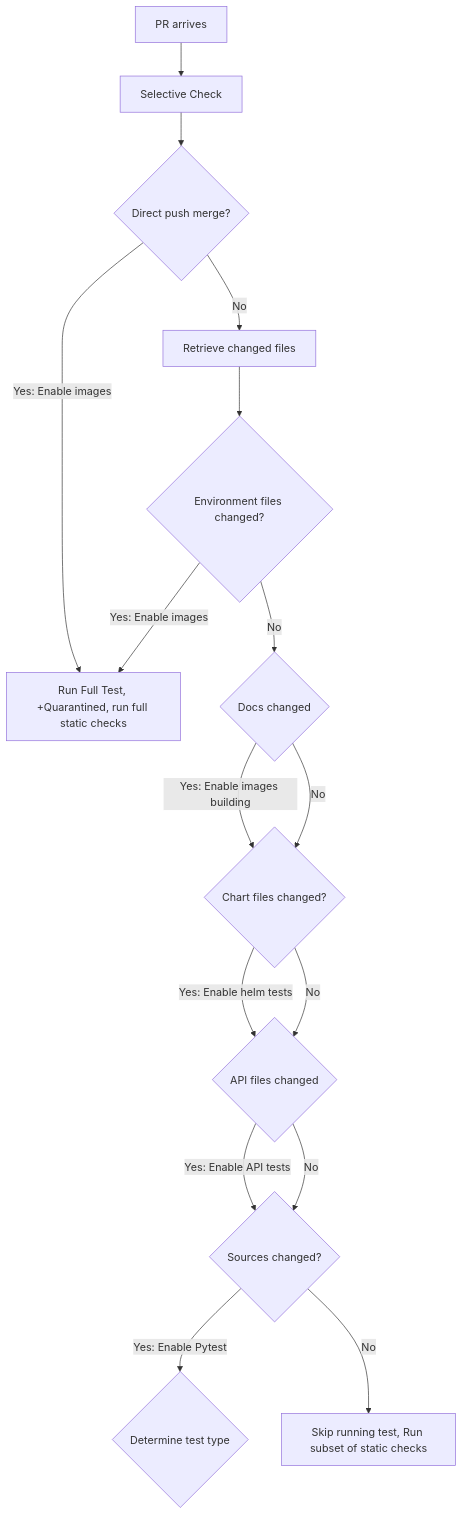
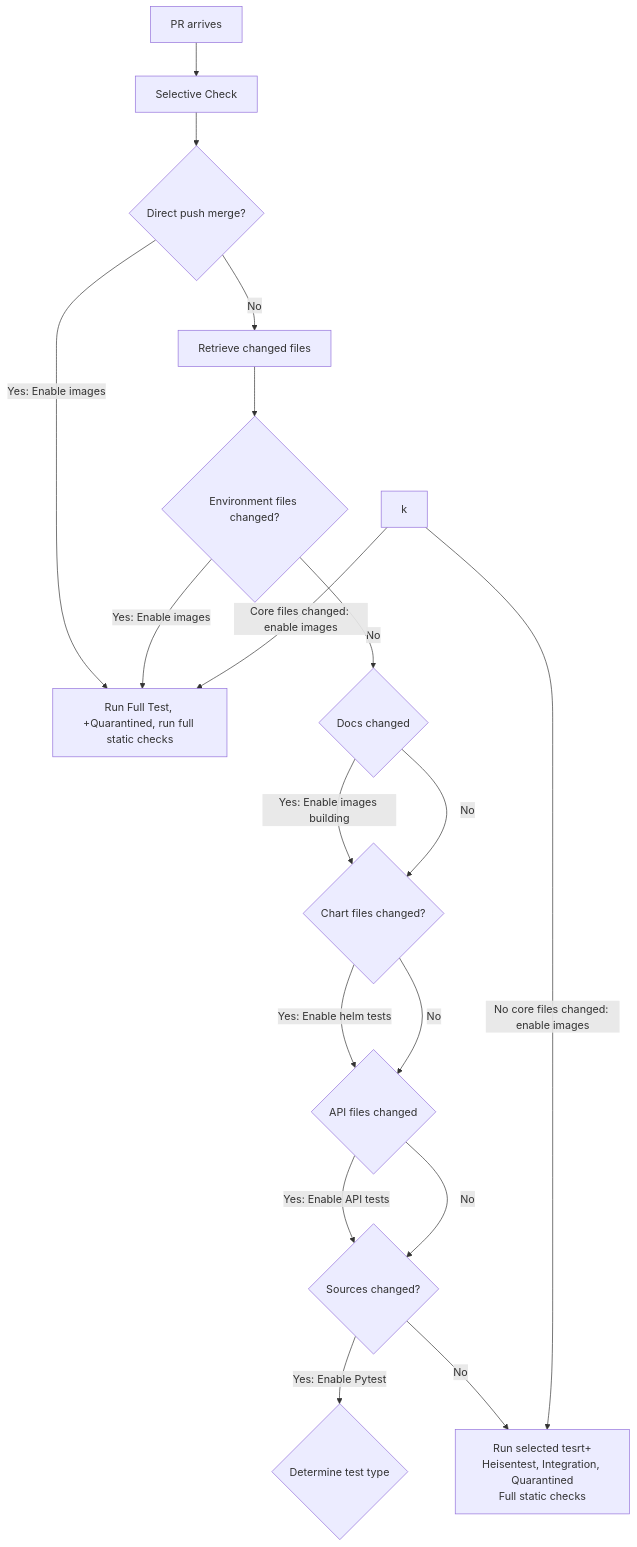
Before and after one commit to edithturn/golang-training: the diagram in README.md, drawn with Mermaid.

Commit message:
test mermaid

````diff
--- a/README.md
+++ b/README.md
@@ -7,18 +7,22 @@
 ```mermaid
 flowchart TD
 A[PR arrives]-->B[Selective Check]
 B-->C{Direct push merge?}
 C-->|Yes: Enable images| D[Run Full Test, +Quarantined, run full static checks]
 C-->|No| E[Retrieve changed files]
 E-->F{Environment files changed?}
 F-->|Yes: Enable images| D
 F-->|No| G{Docs changed}
 G-->|Yes: Enable images building| I{Chart files changed?}
 G-->|No| I
 I-->|Yes: Enable helm tests| J{API files changed}
 I-->|No| J
 J-->|Yes: Enable API tests| H{Sources changed?}
 J-->|No| H
 H-->|Yes: Enable Pytest| K{Determine test type}
 H-->|No| L[Skip running test, Run subset of static checks]
+k-->|Core files changed: enable images| D
+k-->|No core files changed: enable images| L[Run selected tesrt+
+Heisentest, Integration, Quarantined
+Full static checks] 
 ```
````
